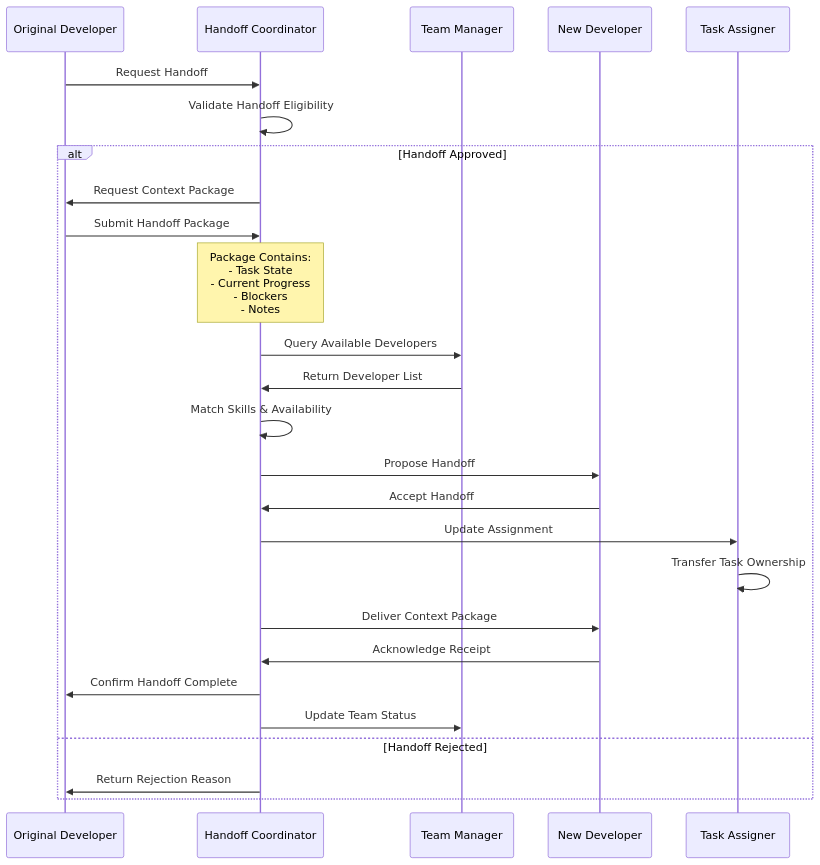
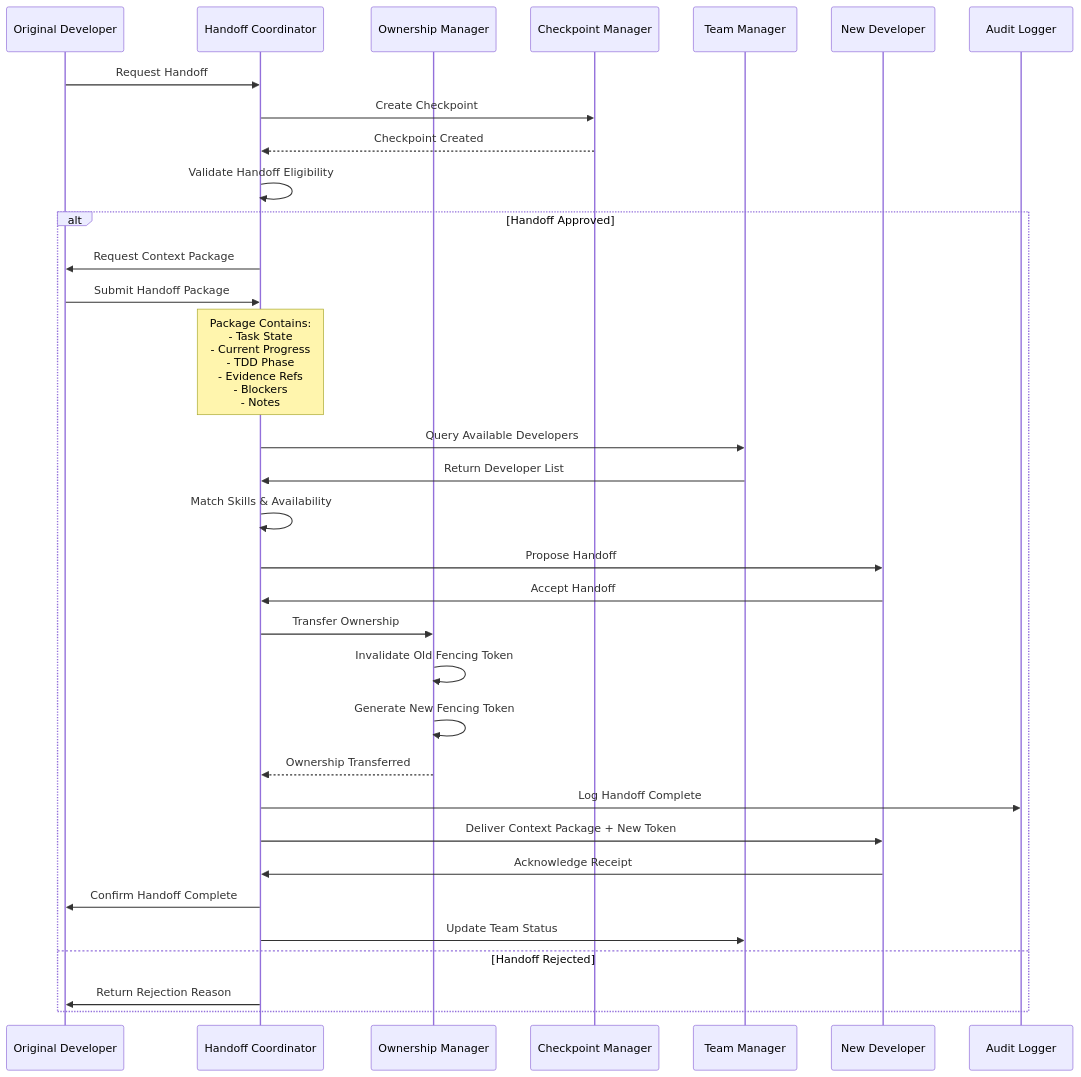
One commit to RickoCP/TDD-Workflow changed diagram 13 of 18 in powers/sdlc-workflow/WORKFLOW-DIAGRAMS.md. Above: the diagram before and after it, drawn with Mermaid. The commit also changed other lines of this file and 54 other files, not shown here.

````diff
--- a/powers/sdlc-workflow/WORKFLOW-DIAGRAMS.md
+++ b/powers/sdlc-workflow/WORKFLOW-DIAGRAMS.md
@@ -262,36 +771,44 @@
 ```mermaid
 sequenceDiagram
     participant OD as Original Developer
     participant HC as Handoff Coordinator
+    participant OM as Ownership Manager
+    participant CM as Checkpoint Manager
     participant TM as Team Manager
     participant ND as New Developer
-    participant TA as Task Assigner
+    participant AL as Audit Logger
 
     OD->>HC: Request Handoff
+    HC->>CM: Create Checkpoint
+    CM-->>HC: Checkpoint Created
     HC->>HC: Validate Handoff Eligibility
     
     alt Handoff Approved
         HC->>OD: Request Context Package
         OD->>HC: Submit Handoff Package
         
-        Note over HC: Package Contains:<br/>- Task State<br/>- Current Progress<br/>- Blockers<br/>- Notes
+        Note over HC: Package Contains:<br/>- Task State<br/>- Current Progress<br/>- TDD Phase<br/>- Evidence Refs<br/>- Blockers<br/>- Notes
         
         HC->>TM: Query Available Developers
         TM->>HC: Return Developer List
         HC->>HC: Match Skills & Availability
         
         HC->>ND: Propose Handoff
         ND->>HC: Accept Handoff
         
-        HC->>TA: Update Assignment
-        TA->>TA: Transfer Task Ownership
+        HC->>OM: Transfer Ownership
+        OM->>OM: Invalidate Old Fencing Token
+        OM->>OM: Generate New Fencing Token
+        OM-->>HC: Ownership Transferred
         
-        HC->>ND: Deliver Context Package
+        HC->>AL: Log Handoff Complete
+        
+        HC->>ND: Deliver Context Package + New Token
         ND->>HC: Acknowledge Receipt
         
         HC->>OD: Confirm Handoff Complete
         HC->>TM: Update Team Status
     else Handoff Rejected
         HC->>OD: Return Rejection Reason
     end
 ```
````
